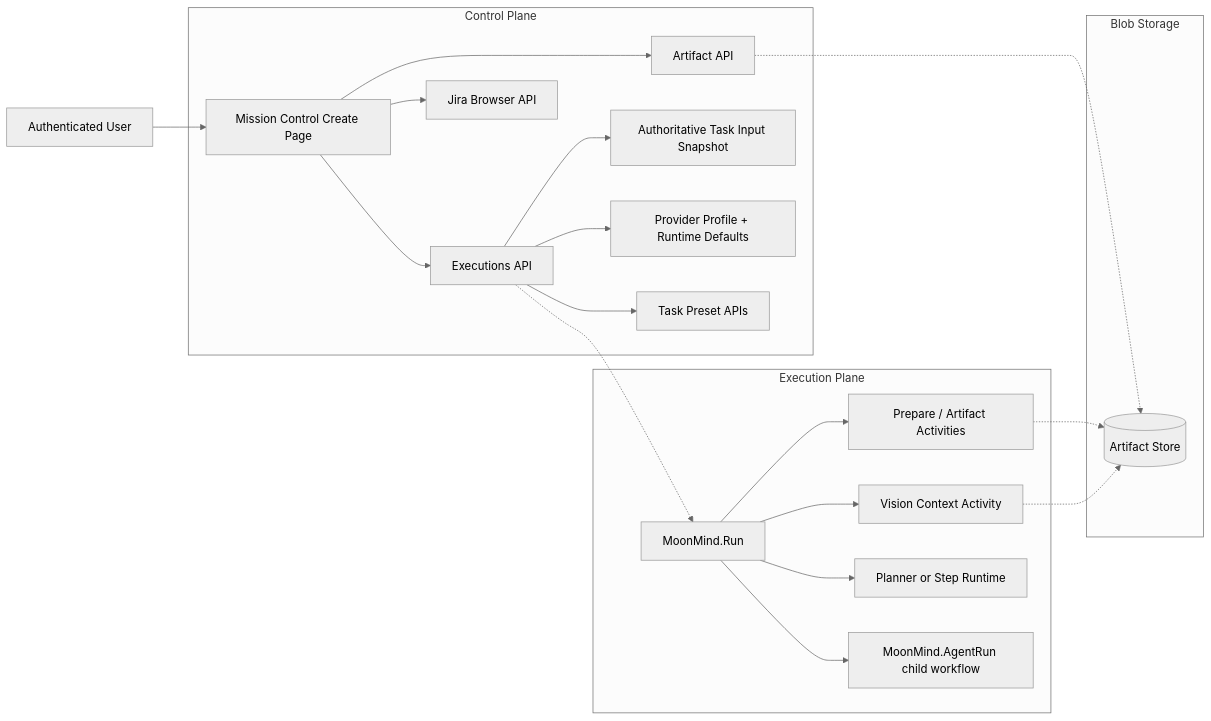
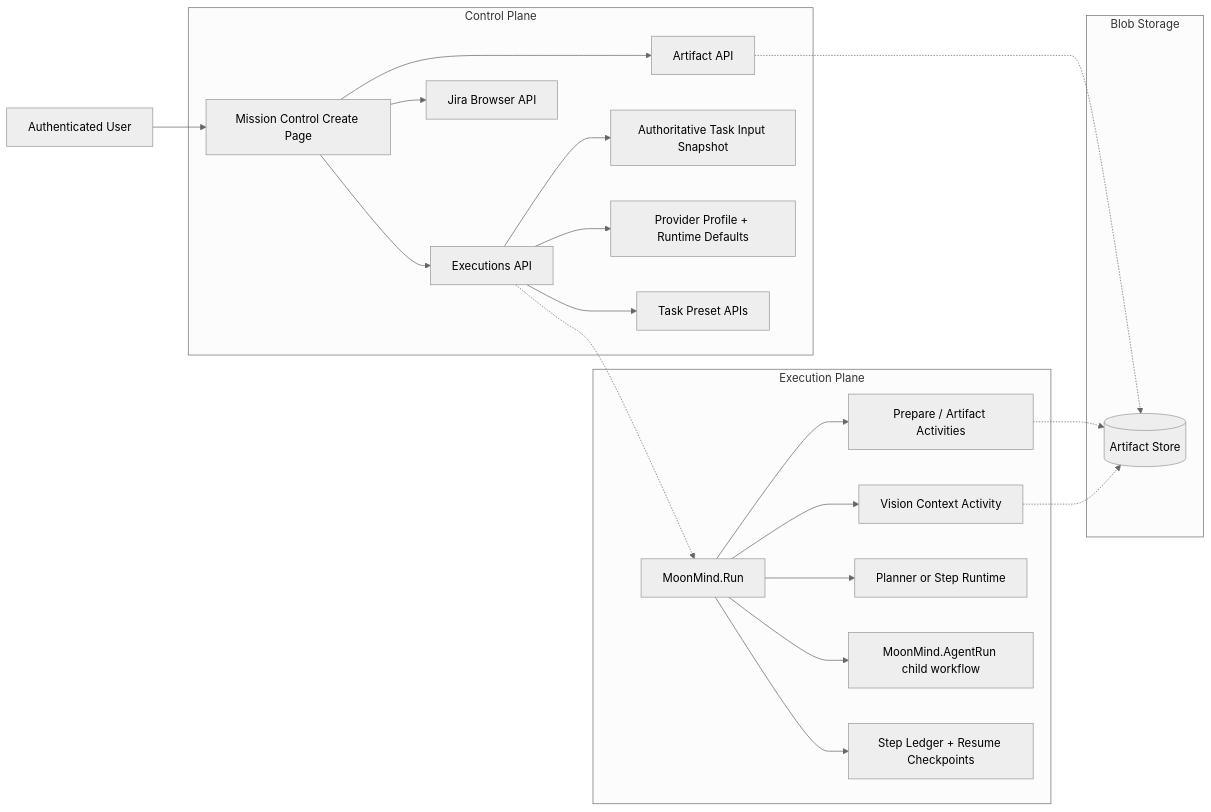
Before and after one commit to MoonLadderStudios/MoonMind: the diagram in docs/Tasks/TaskArchitecture.md, drawn with Mermaid (neutral theme). The commit also changed other lines of this file and 3 other files, not shown here.

Commit message:
Document failed-step resume recovery

````diff
--- a/docs/Tasks/TaskArchitecture.md
+++ b/docs/Tasks/TaskArchitecture.md
@@ -101,27 +116,28 @@
 ```mermaid
 flowchart LR
     U[Authenticated User] --> UI[Mission Control Create Page]
 
     subgraph Control Plane
         UI --> API[Executions API]
         UI --> ART[Artifact API]
         UI --> JIRA[Jira Browser API]
         API --> SNAP[Authoritative Task Input Snapshot]
         API --> PROF[Provider Profile + Runtime Defaults]
         API --> PRESETS[Task Preset APIs]
     end
 
     subgraph Execution Plane
         API -.-> RUN[MoonMind.Run]
         RUN --> PREP[Prepare / Artifact Activities]
         RUN --> VISION[Vision Context Activity]
         RUN --> STEP[Planner or Step Runtime]
         RUN --> CHILD[MoonMind.AgentRun child workflow]
+        RUN --> CKPT[Step Ledger + Resume Checkpoints]
     end
 
     subgraph Blob Storage
         ART -.-> S3[(Artifact Store)]
         PREP -.-> S3
         VISION -.-> S3
     end
 ```
````
